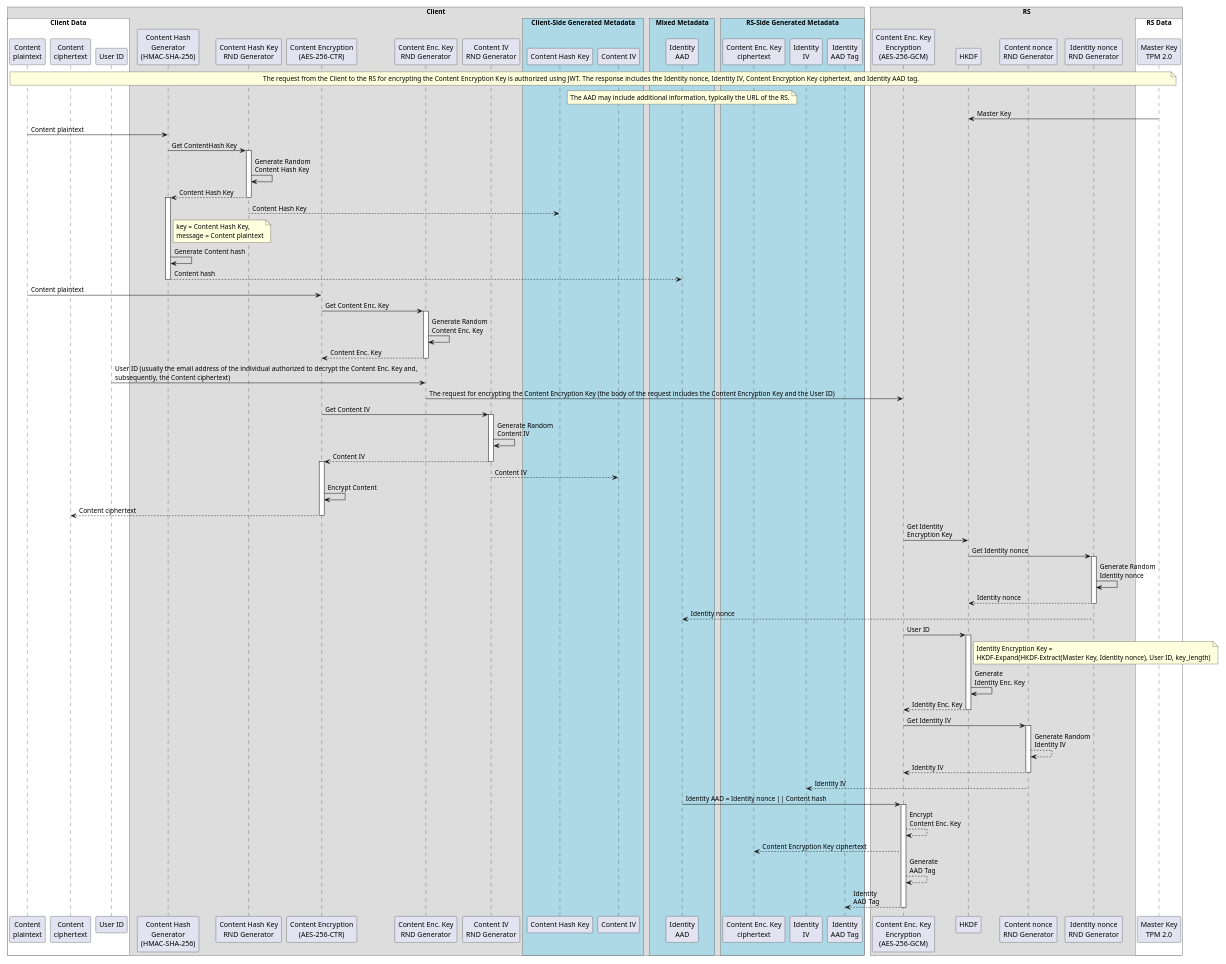
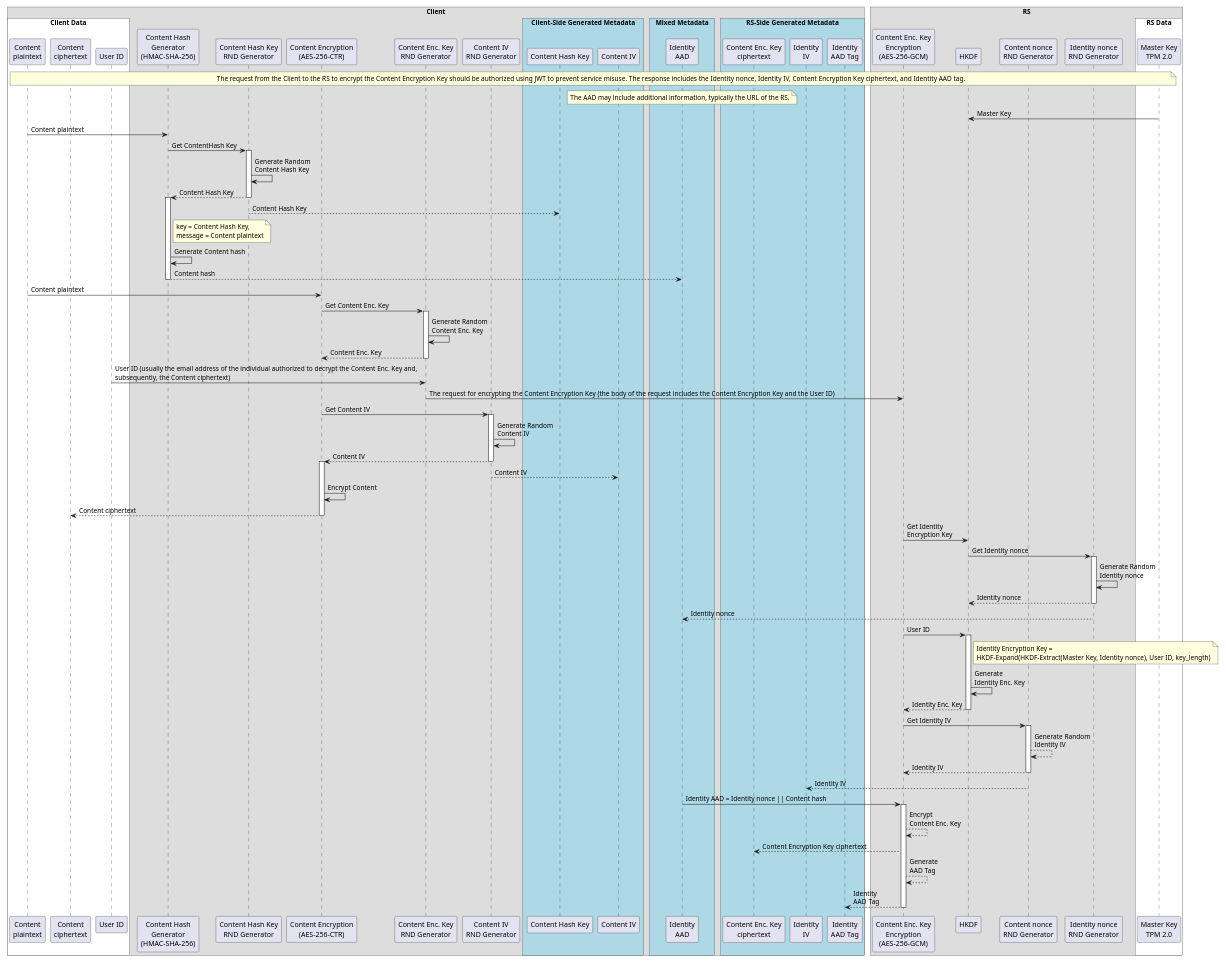
Before and after one commit to umalabs/ibe: the first of 3 diagrams in docs/CRYPTOGRAPHY.md, drawn with PlantUML. The commit also changed other lines of this file and 2 other files, not shown here.

```diff
--- a/docs/CRYPTOGRAPHY.md
+++ b/docs/CRYPTOGRAPHY.md
@@ -93,7 +93,7 @@
     end box
 end box
 
-note across: The request from the Client to the RS for encrypting the Content Encryption Key is authorized using JWT. The response includes the Identity nonce, Identity IV, Content Encryption Key ciphertext, and Identity AAD tag.
+note across: The request from the Client to the RS to encrypt the Content Encryption Key should be authorized using JWT to prevent service misuse. The response includes the Identity nonce, Identity IV, Content Encryption Key ciphertext, and Identity AAD tag.
 note over IdentityAADMetadata: The AAD may include additional information, typically the URL of the RS.
 
 Masterkey -> HKDF: Master Key
```
